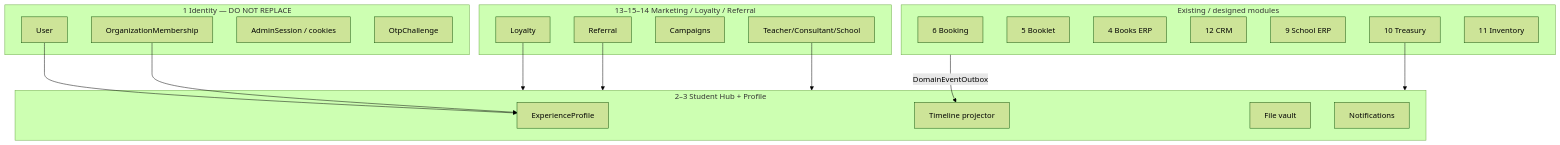
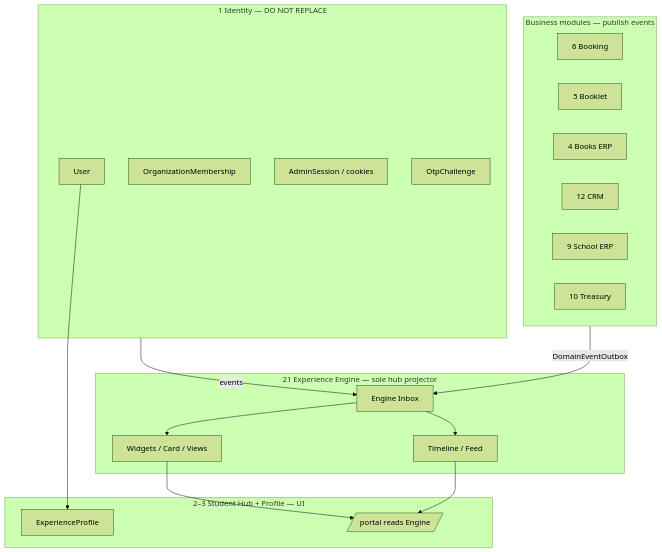
Before and after one commit to reza-ebrahimi99/setareganplus: the diagram in docs/architecture/student-experience-platform/02-bounded-contexts.md, drawn with Mermaid (forest theme). The commit also changed other lines of this file and 13 other files, not shown here.

First line of the commit message:
docs: add Experience Engine as the sole SXP hub projector

````diff
--- a/docs/architecture/student-experience-platform/02-bounded-contexts.md
+++ b/docs/architecture/student-experience-platform/02-bounded-contexts.md
@@ -34,41 +47,37 @@
 ```mermaid
 flowchart TB
   subgraph identity["1 Identity — DO NOT REPLACE"]
     U[User]
     M[OrganizationMembership]
     S[AdminSession / cookies]
     OTP[OtpChallenge]
   end
 
-  subgraph hub["2–3 Student Hub + Profile"]
-    P[ExperienceProfile]
-    T[Timeline projector]
-    F[File vault]
-    N[Notifications]
-  end
-
-  subgraph modules["Existing / designed modules"]
+  subgraph publishers["Business modules — publish events"]
     B[6 Booking]
     BL[5 Booklet]
     BK[4 Books ERP]
     C[12 CRM]
     E[9 School ERP]
     PAY[10 Treasury]
-    INV[11 Inventory]
   end
 
-  subgraph growth["13–15–14 Marketing / Loyalty / Referral"]
-    L[Loyalty]
-    R[Referral]
-    MK[Campaigns]
-    PT[Teacher/Consultant/School]
+  subgraph engine["21 Experience Engine — sole hub projector"]
+    IN[Engine Inbox]
+    TL[Timeline / Feed]
+    W[Widgets / Card / Views]
+  end
+
+  subgraph hub["2–3 Student Hub + Profile — UI"]
+    P[ExperienceProfile]
+    UI[/portal reads Engine/]
   end
 
   U --> P
-  M --> P
-  modules -->|DomainEventOutbox| T
-  PAY --> hub
-  L --> hub
-  R --> hub
-  PT --> hub
+  publishers -->|DomainEventOutbox| IN
+  identity -->|events| IN
+  IN --> TL
+  IN --> W
+  TL --> UI
+  W --> UI
 ```
````
